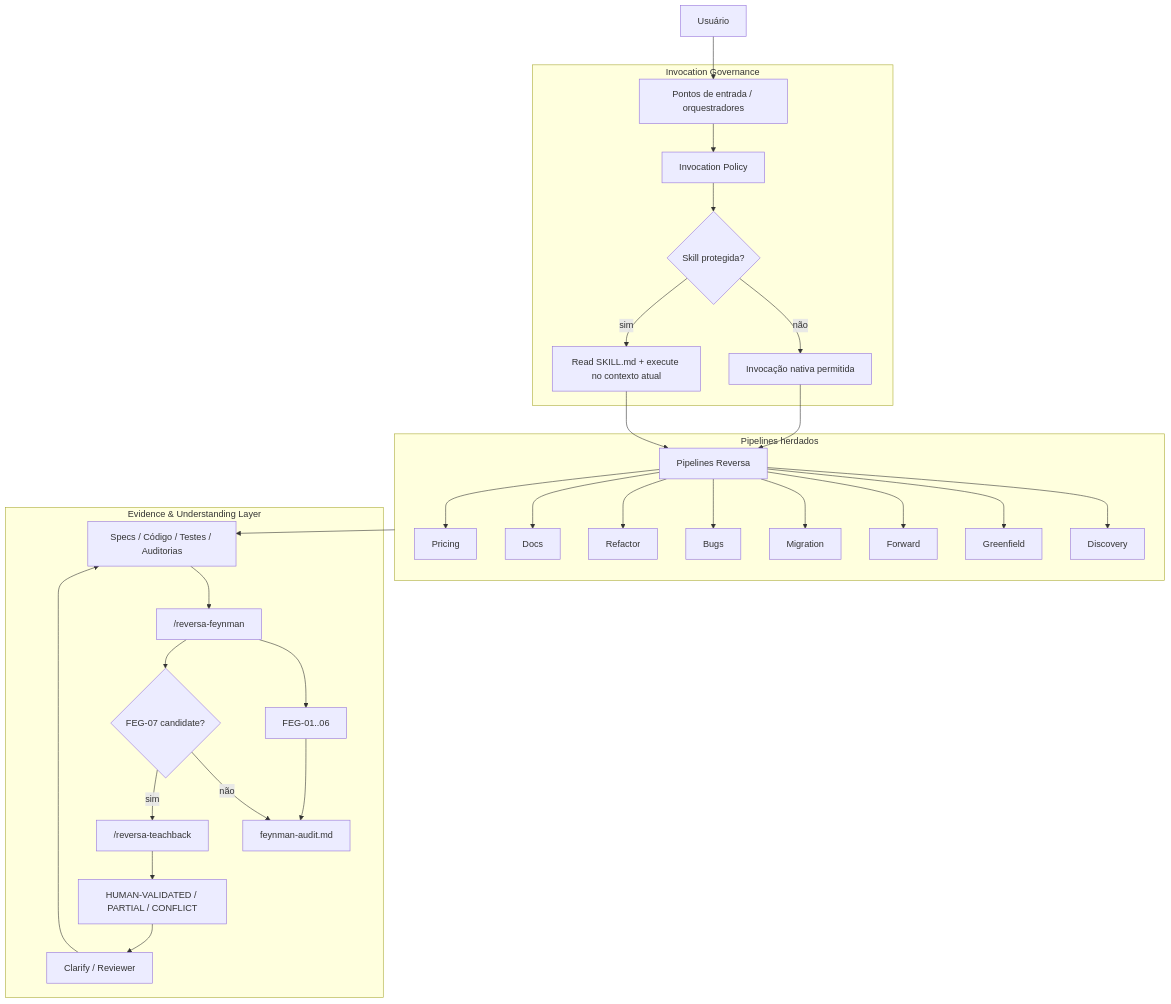
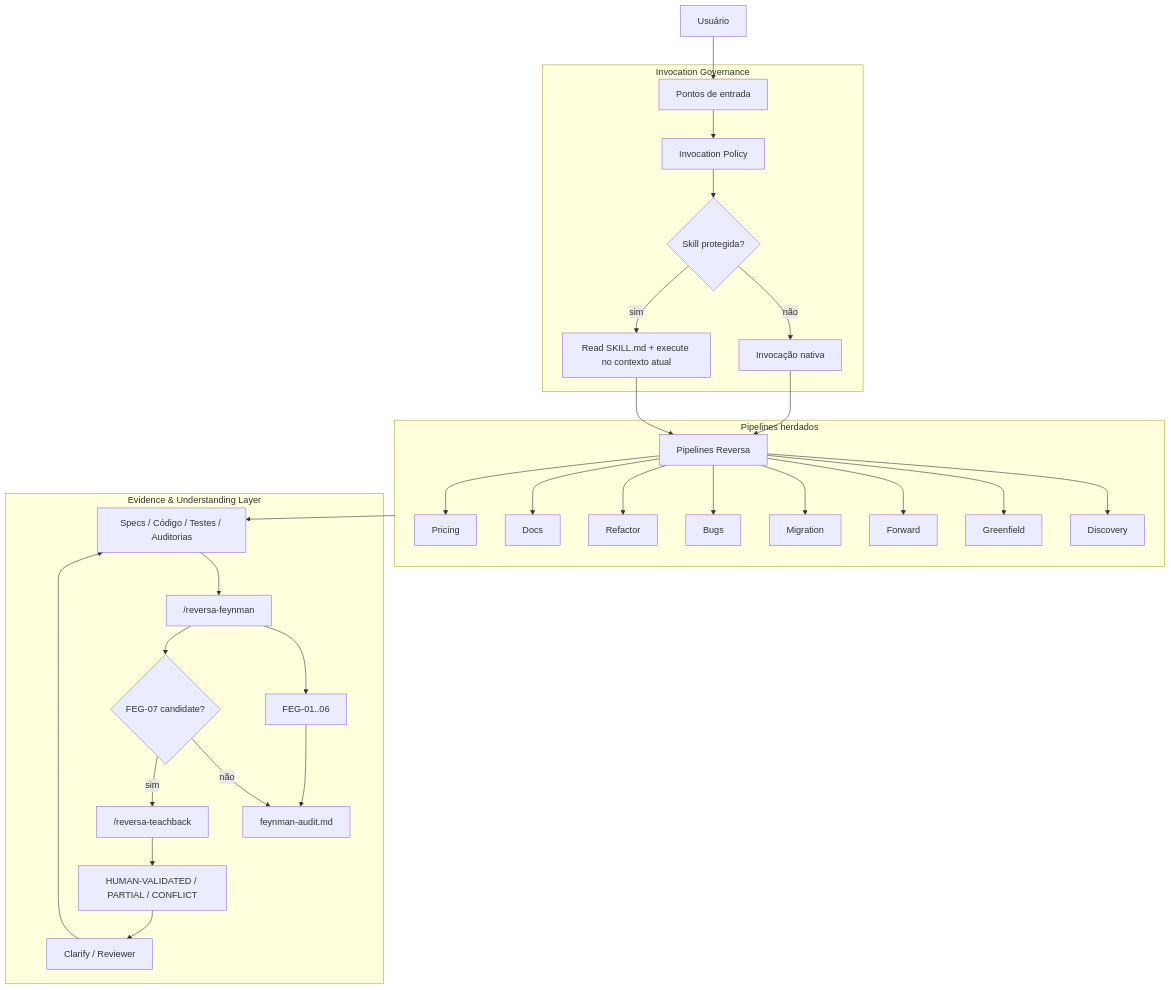
One commit to MarceloClaro/reversa changed the third of 5 diagrams in README.md. Above: the diagram before and after it, drawn with Mermaid. The commit also changed other lines of this file, not shown here.

````diff
--- a/README.md
+++ b/README.md
@@ -155,40 +113,40 @@
 ```mermaid
 flowchart TB
-    U["Usuário"] --> E["Pontos de entrada / orquestradores"]
+    U["Usuário"] --> E["Pontos de entrada"]
 
     subgraph INV["Invocation Governance"]
         E --> POL["Invocation Policy"]
         POL --> META{"Skill protegida?"}
-        META -->|"não"| NATIVE["Invocação nativa permitida"]
+        META -->|"não"| NATIVE["Invocação nativa"]
         META -->|"sim"| READ["Read SKILL.md + execute no contexto atual"]
     end
 
     NATIVE --> PIPE["Pipelines Reversa"]
     READ --> PIPE
 
     subgraph CORE["Pipelines herdados"]
         PIPE --> DISC["Discovery"]
         PIPE --> NEW["Greenfield"]
         PIPE --> FWD["Forward"]
         PIPE --> MIG["Migration"]
         PIPE --> BUG["Bugs"]
         PIPE --> REF["Refactor"]
         PIPE --> DOC["Docs"]
         PIPE --> PRICE["Pricing"]
     end
 
     CORE --> ART["Specs / Código / Testes / Auditorias"]
 
     subgraph FE["Evidence & Understanding Layer"]
         ART --> FY["/reversa-feynman"]
         FY --> G1["FEG-01..06"]
         FY --> G7{"FEG-07 candidate?"}
         G7 -->|"não"| REPORT["feynman-audit.md"]
         G7 -->|"sim"| TB["/reversa-teachback"]
         TB --> HS["HUMAN-VALIDATED / PARTIAL / CONFLICT"]
         HS --> CR["Clarify / Reviewer"]
         G1 --> REPORT
     end
 
     CR --> ART
 ```
````
